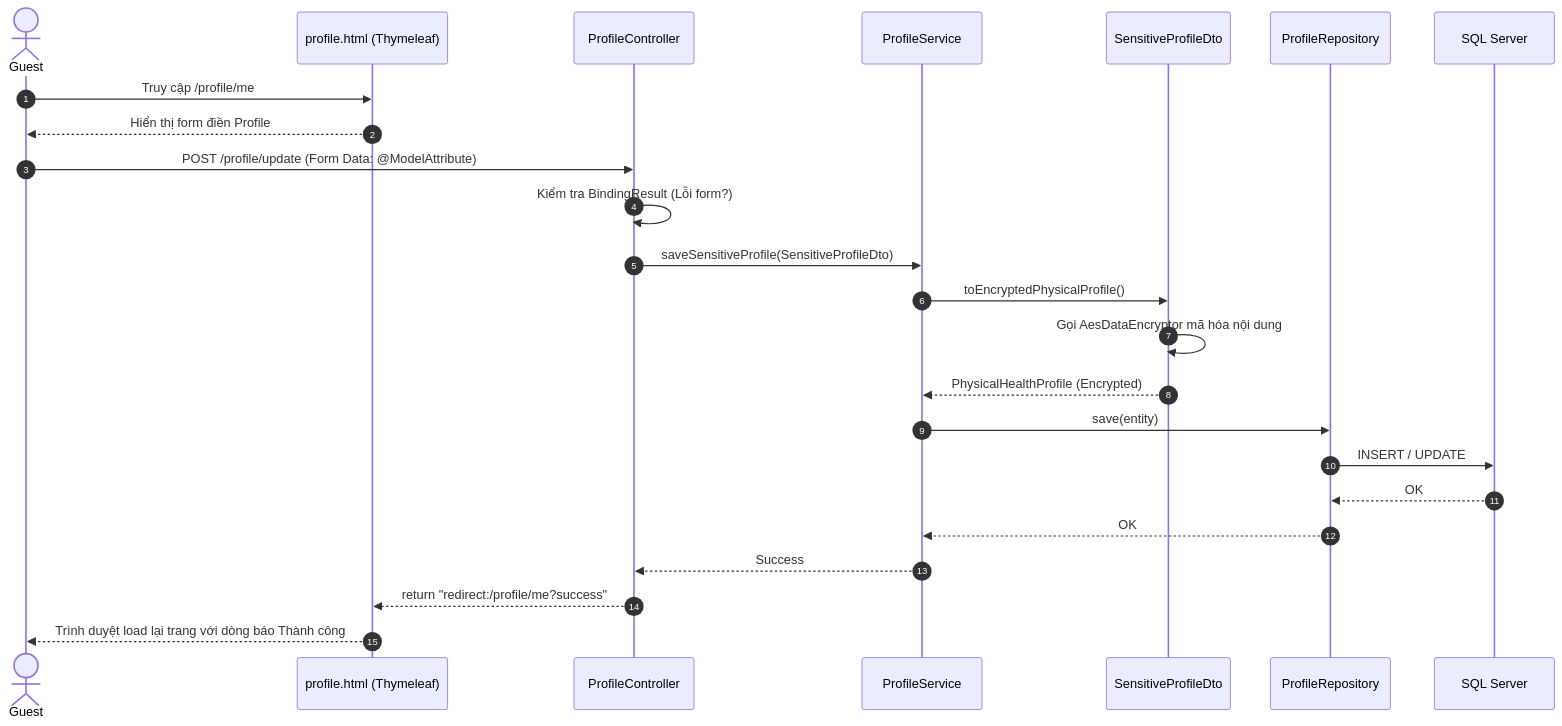
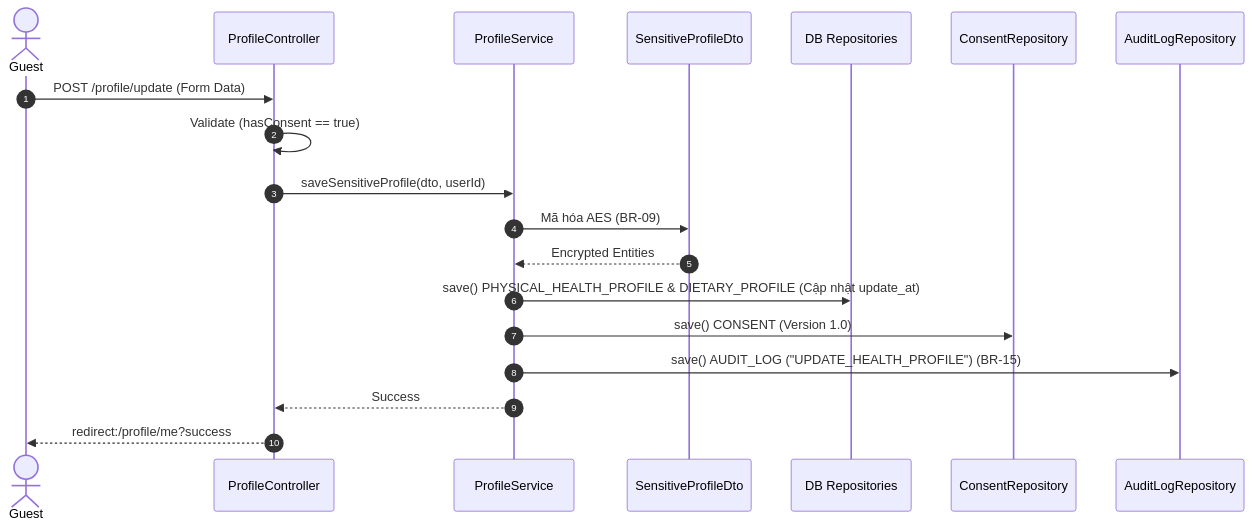
Before and after one commit to danhdac36/xoai-aura-retreat: the second of 2 diagrams in 04_Implement/Module1/EDS_UC02_Implementation.md, drawn with Mermaid. The commit also changed other lines of this file and 25 other files, not shown here.

Commit message:
feature update health/person profile

````diff
--- a/04_Implement/Module1/EDS_UC02_Implementation.md
+++ b/04_Implement/Module1/EDS_UC02_Implementation.md
@@ -155,27 +113,22 @@
 ```mermaid
 sequenceDiagram
     autonumber
     actor Guest
-    participant View as profile.html (Thymeleaf)
     participant Controller as ProfileController
     participant Service as ProfileService
     participant DTO as SensitiveProfileDto
-    participant Repo as ProfileRepository
-    participant DB as SQL Server
+    participant Repo as DB Repositories
+    participant Consent as ConsentRepository
+    participant Audit as AuditLogRepository
 
-    Guest->>View: Truy cập /profile/me
-    View-->>Guest: Hiển thị form điền Profile
-    Guest->>Controller: POST /profile/update (Form Data: @ModelAttribute)
-    Controller->>Controller: Kiểm tra BindingResult (Lỗi form?)
-    Controller->>Service: saveSensitiveProfile(SensitiveProfileDto)
-    Service->>DTO: toEncryptedPhysicalProfile()
-    DTO->>DTO: Gọi AesDataEncryptor mã hóa nội dung
-    DTO-->>Service: PhysicalHealthProfile (Encrypted)
-    Service->>Repo: save(entity)
-    Repo->>DB: INSERT / UPDATE
-    DB-->>Repo: OK
-    Repo-->>Service: OK
+    Guest->>Controller: POST /profile/update (Form Data)
+    Controller->>Controller: Validate (hasConsent == true)
+    Controller->>Service: saveSensitiveProfile(dto, userId)
+    Service->>DTO: Mã hóa AES (BR-09)
+    DTO-->>Service: Encrypted Entities
+    Service->>Repo: save() PHYSICAL_HEALTH_PROFILE & DIETARY_PROFILE (Cập nhật update_at)
+    Service->>Consent: save() CONSENT (Version 1.0)
+    Service->>Audit: save() AUDIT_LOG ("UPDATE_HEALTH_PROFILE") (BR-15)
     Service-->>Controller: Success
-    Controller-->>View: return "redirect:/profile/me?success"
-    View-->>Guest: Trình duyệt load lại trang với dòng báo Thành công
+    Controller-->>Guest: redirect:/profile/me?success
 ```
````
